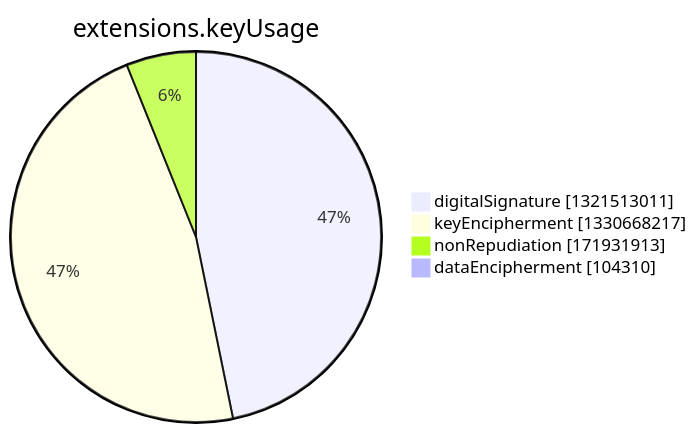
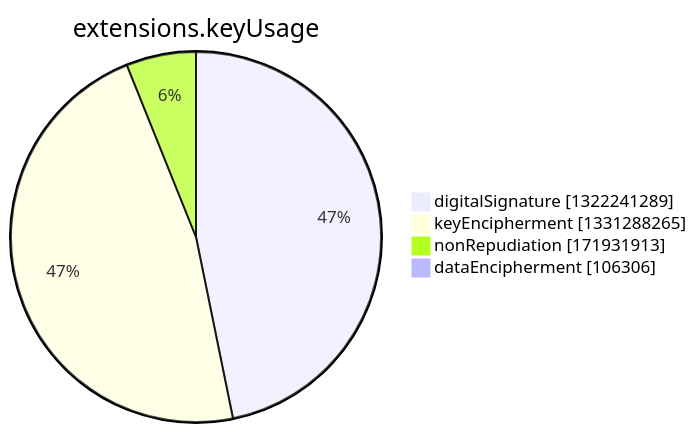
Before and after one commit to christiankrug/ctmonitor_visualization: the seventh of 15 diagrams in argon2022/README.md, drawn with Mermaid. The commit also changed other lines of this file, not shown here.

````diff
--- a/argon2022/README.md
+++ b/argon2022/README.md
@@ -2750,8 +2750,8 @@
 ```mermaid
 pie showData
 title extensions.keyUsage
-"digitalSignature" :1321513011
-"keyEncipherment" :1330668217
+"digitalSignature" :1322241289
+"keyEncipherment" :1331288265
 "nonRepudiation" :171931913
-"dataEncipherment" :104310
+"dataEncipherment" :106306
 ```
````
